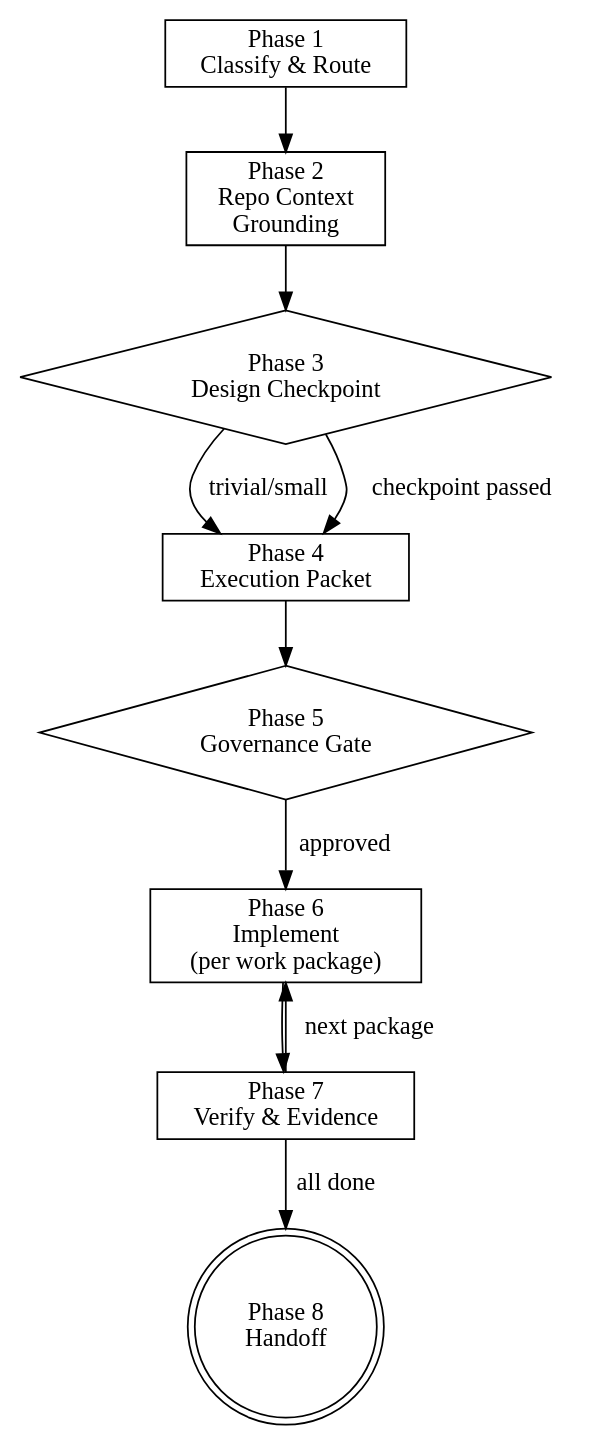
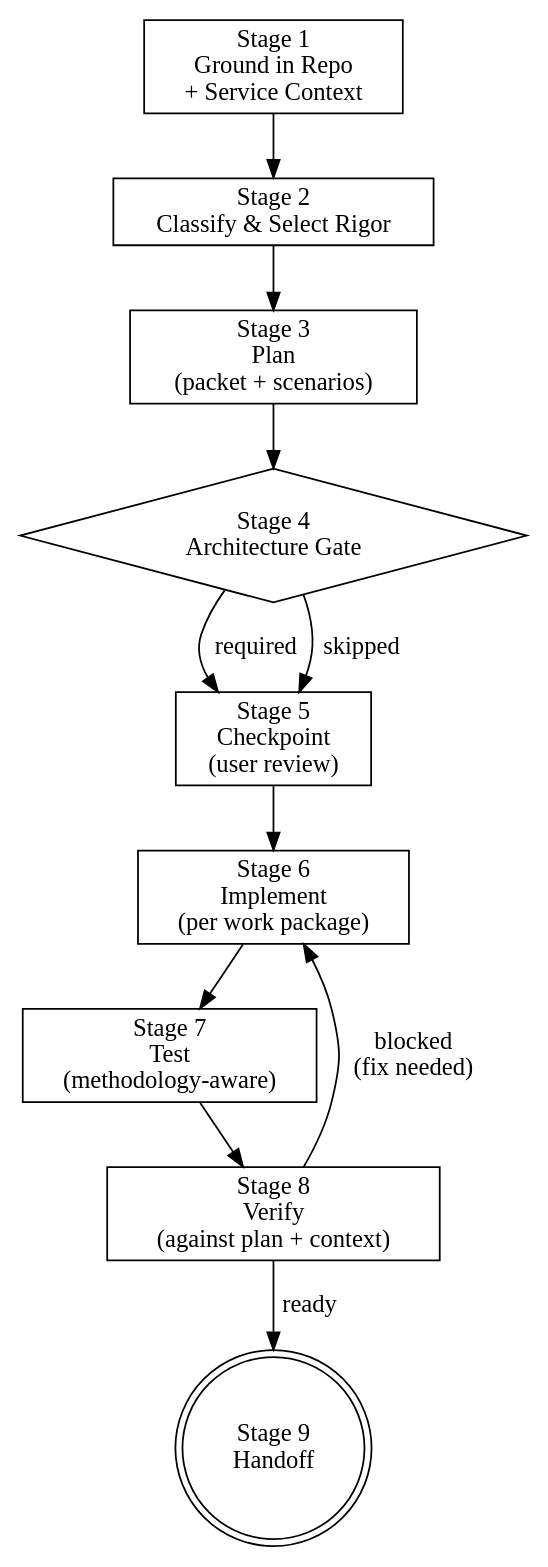
Before and after one commit to letsbe10x/skill-hub: the diagram in lets-develop-feature/SKILL.md, drawn with Graphviz. The commit also changed other lines of this file and 4 other files, not shown here.

First line of the commit message:
improve(lets-develop-feature): add staged execution, service context, and verification

````diff
--- a/lets-develop-feature/SKILL.md
+++ b/lets-develop-feature/SKILL.md
@@ -78,24 +85,26 @@
 ```dot
 digraph develop_feature {
   rankdir=TB;
 
-  Classify [label="Phase 1\nClassify & Route" shape=box];
-  Context [label="Phase 2\nRepo Context\nGrounding" shape=box];
-  Design [label="Phase 3\nDesign Checkpoint" shape=diamond];
-  Packet [label="Phase 4\nExecution Packet" shape=box];
-  Governance [label="Phase 5\nGovernance Gate" shape=diamond];
-  Implement [label="Phase 6\nImplement\n(per work package)" shape=box];
-  Verify [label="Phase 7\nVerify & Evidence" shape=box];
-  Handoff [label="Phase 8\nHandoff" shape=doublecircle];
+  Ground [label="Stage 1\nGround in Repo\n+ Service Context" shape=box];
+  Classify [label="Stage 2\nClassify & Select Rigor" shape=box];
+  Plan [label="Stage 3\nPlan\n(packet + scenarios)" shape=box];
+  Arch [label="Stage 4\nArchitecture Gate" shape=diamond];
+  Checkpoint [label="Stage 5\nCheckpoint\n(user review)" shape=box];
+  Implement [label="Stage 6\nImplement\n(per work package)" shape=box];
+  Test [label="Stage 7\nTest\n(methodology-aware)" shape=box];
+  Verify [label="Stage 8\nVerify\n(against plan + context)" shape=box];
+  Handoff [label="Stage 9\nHandoff" shape=doublecircle];
 
-  Classify -> Context;
-  Context -> Design;
-  Design -> Packet [label="trivial/small"];
-  Design -> Packet [label="checkpoint passed"];
-  Packet -> Governance;
-  Governance -> Implement [label="approved"];
-  Implement -> Verify;
-  Verify -> Implement [label="next package"];
-  Verify -> Handoff [label="all done"];
+  Ground -> Classify;
+  Classify -> Plan;
+  Plan -> Arch;
+  Arch -> Checkpoint [label="required"];
+  Arch -> Checkpoint [label="skipped"];
+  Checkpoint -> Implement;
+  Implement -> Test;
+  Test -> Verify;
+  Verify -> Handoff [label="ready"];
+  Verify -> Implement [label="blocked\n(fix needed)"];
 }
 ```
````
